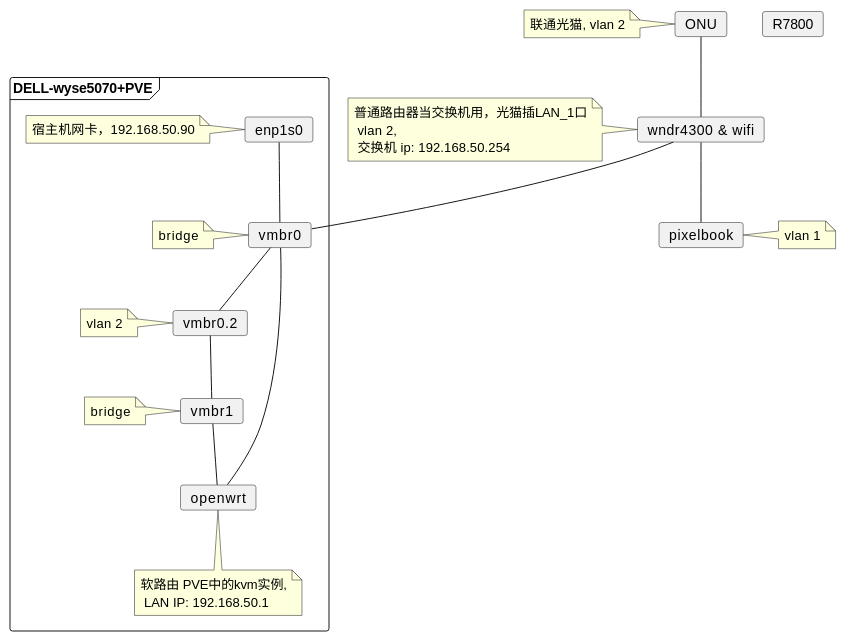
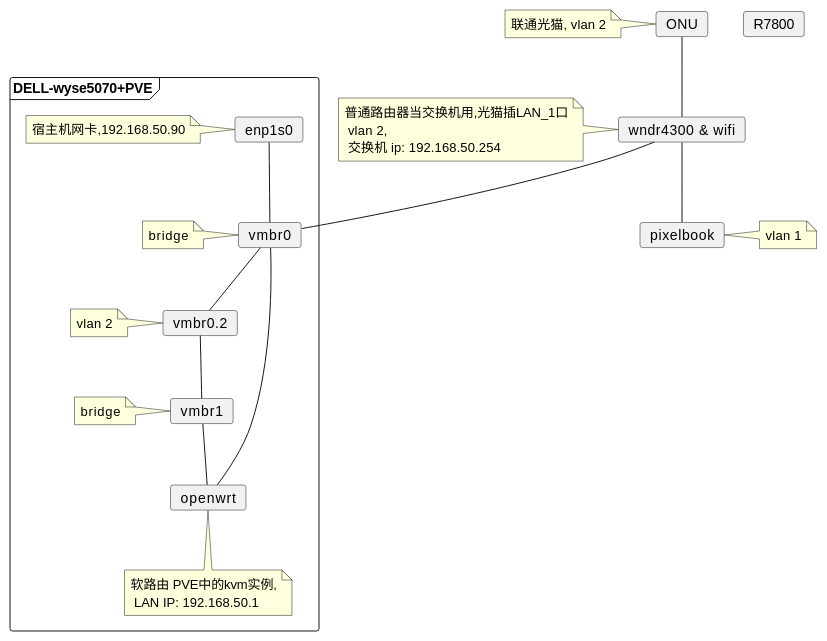
Before and after one commit to wiloon/blog: the diagram in content/post/network/软路由.md, drawn with PlantUML. The commit also changed other lines of this file and 478 other files, not shown here.

````diff
--- a/content/post/network/软路由.md
+++ b/content/post/network/软路由.md
@@ -38,36 +38,36 @@
 ```puml
 @startuml
 card ONU as onu
 note left: 联通光猫, vlan 2
 card "wndr4300 & wifi" as switch
-note left: 普通路由器当交换机用，光猫插LAN_1口\n vlan 2,\n 交换机 ip: 192.168.50.254
+note left: 普通路由器当交换机用,光猫插LAN_1口\n vlan 2,\n 交换机 ip: 192.168.50.254
 
 frame DELL-wyse5070+PVE{
     card vmbr0
     note left: bridge
     card enp1s0
-    note left: 宿主机网卡，192.168.50.90
+    note left: 宿主机网卡,192.168.50.90
     enp1s0 -- vmbr0
 
     card vmbr0.2
     note left: vlan 2
     vmbr0 -- vmbr0.2
     card vmbr1 
     note left: bridge
     vmbr0.2 -- vmbr1
  
     card openwrt as router
     note bottom: 软路由 PVE中的kvm实例,\n LAN IP: 192.168.50.1
 
     vmbr1 -- router
     vmbr0 -- router
 }
 
 card R7800
 card pixelbook
 note right: vlan 1
 onu -- switch
 switch -- vmbr0
 switch -- pixelbook
 @enduml
 ```
````
